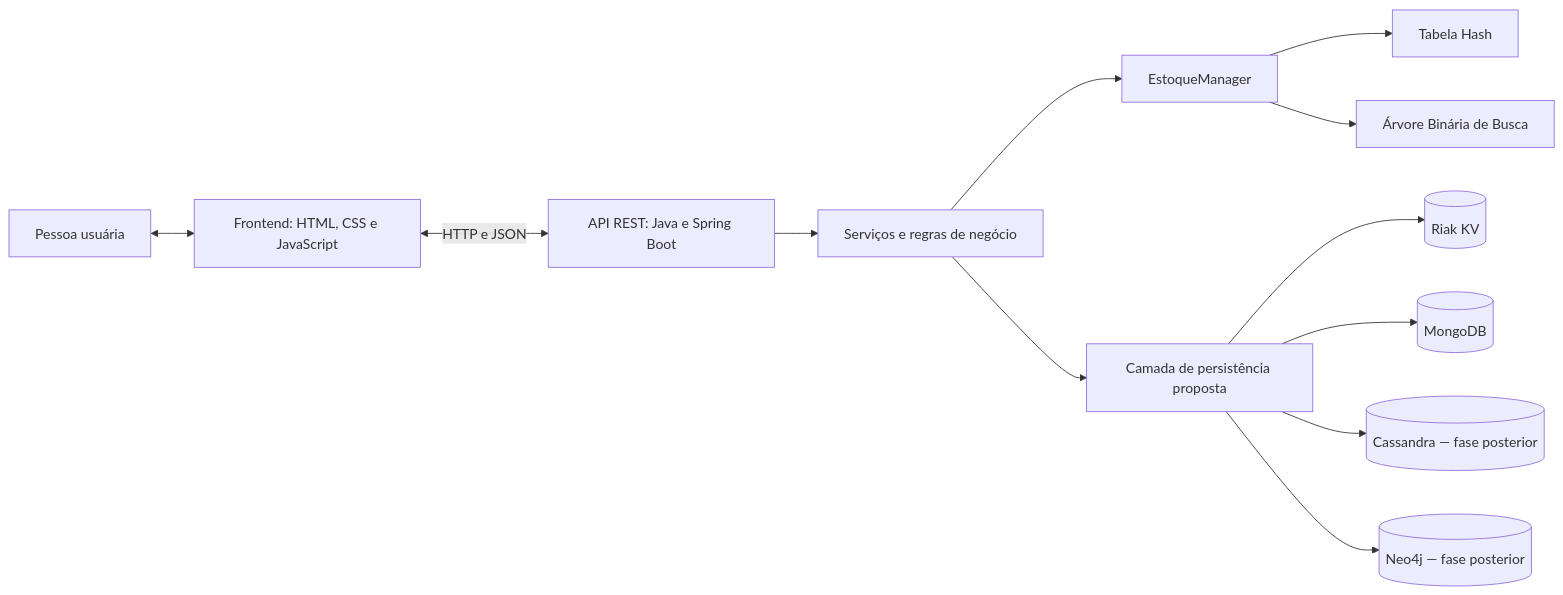
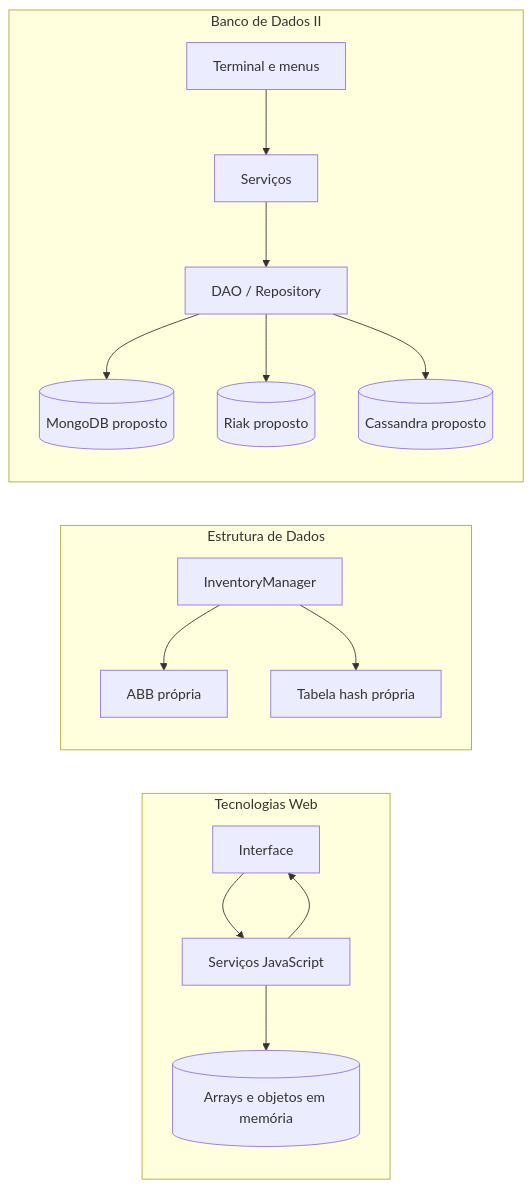
Before and after one commit to DEVguedes1/amazoff: the first of 4 diagrams in docs/MODELAGEM_MERMAID.md, drawn with Mermaid. The commit also changed other lines of this file and 23 other files, not shown here.

````diff
--- a/docs/MODELAGEM_MERMAID.md
+++ b/docs/MODELAGEM_MERMAID.md
@@ -7,14 +7,19 @@
 ```mermaid
 flowchart LR
-  U[Pessoa usuária] <--> FE[Frontend: HTML, CSS e JavaScript]
-  FE <-->|HTTP e JSON| API[API REST: Java e Spring Boot]
-  API --> SV[Serviços e regras de negócio]
-  SV --> EM[EstoqueManager]
-  EM --> H[Tabela Hash]
-  EM --> ABB[Árvore Binária de Busca]
-  SV --> REP[Camada de persistência proposta]
-  REP --> R[(Riak KV)]
-  REP --> M[(MongoDB)]
-  REP --> C[(Cassandra — fase posterior)]
-  REP --> N[(Neo4j — fase posterior)]
+  subgraph TW[Tecnologias Web]
+    U[Interface] --> JS[Serviços JavaScript]
+    JS --> MEM[(Arrays e objetos em memória)]
+    JS --> U
+  end
+  subgraph ED[Estrutura de Dados]
+    IM[InventoryManager] --> ABB[ABB própria]
+    IM --> HASH[Tabela hash própria]
+  end
+  subgraph BD[Banco de Dados II]
+    CLI[Terminal e menus] --> SVC[Serviços]
+    SVC --> REPO[DAO / Repository]
+    REPO --> M[(MongoDB proposto)]
+    REPO --> R[(Riak proposto)]
+    REPO --> C[(Cassandra proposto)]
+  end
 ```
````
